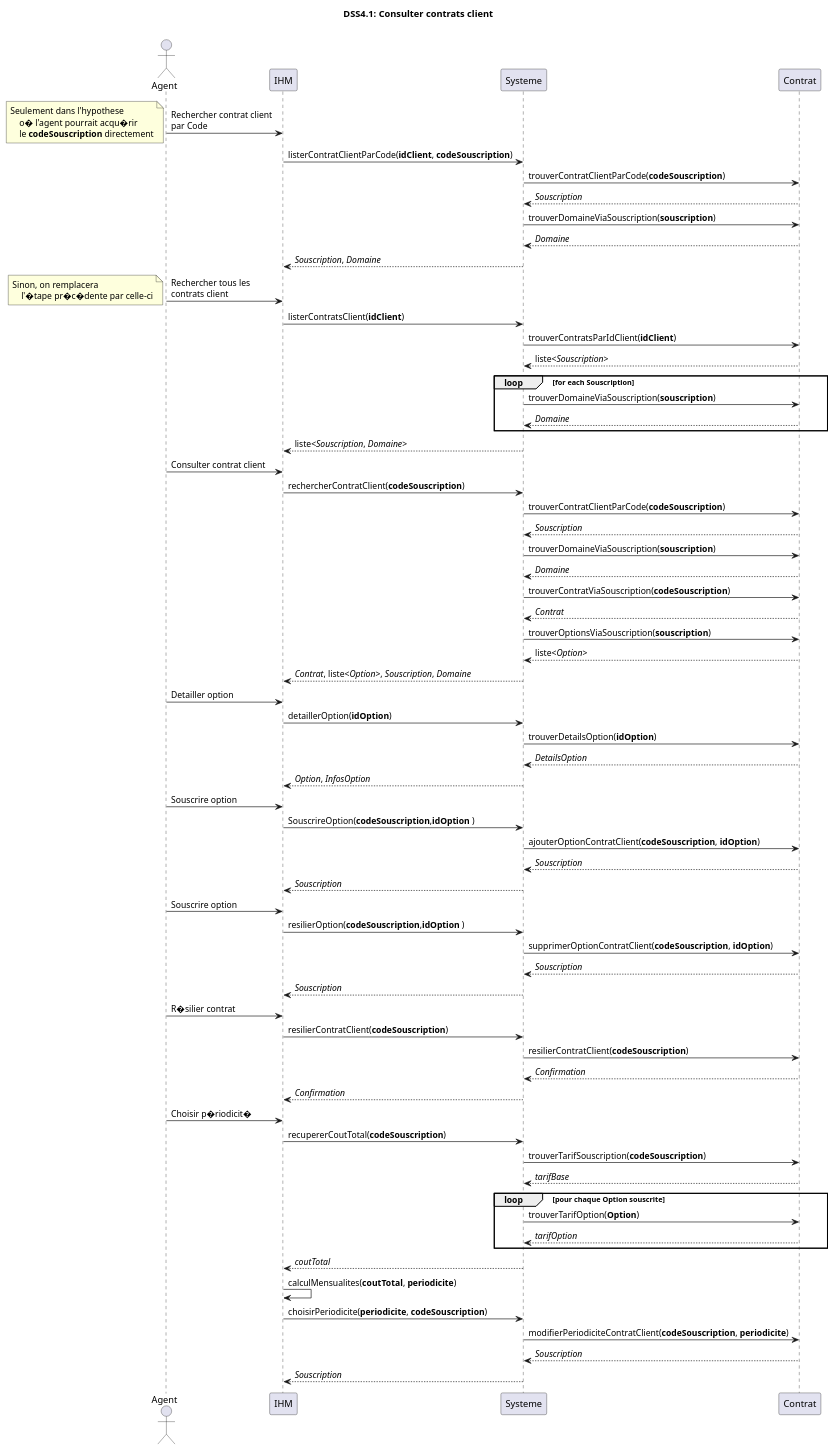
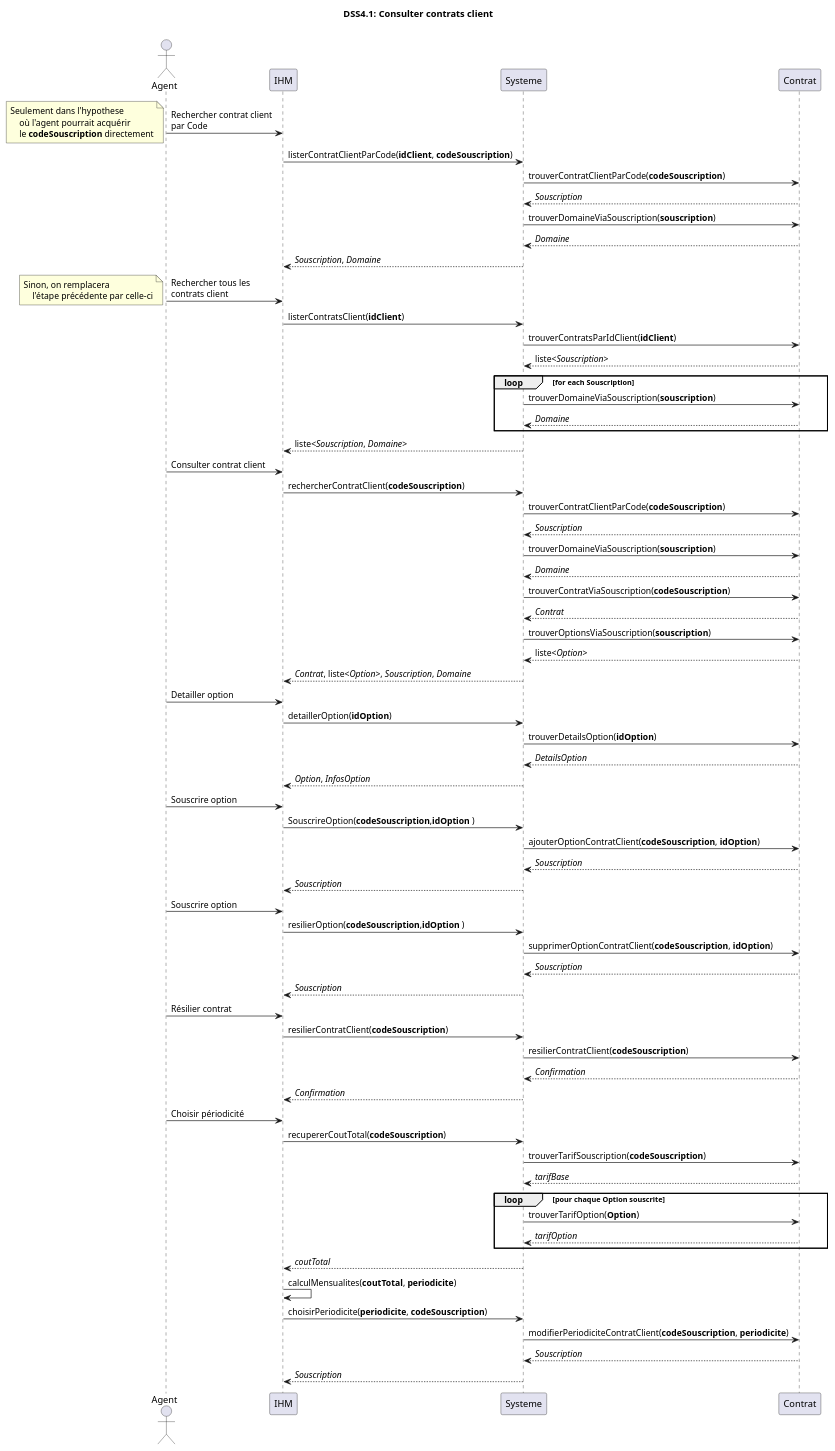
Before and after one commit to if-h4102/pld-mars: the diagram in CU004 - Gestion des contrats du client (Zone Contrats)/DSD004.puml, drawn with PlantUML. The commit also changed 4 other files, not shown here.

```diff
--- a/CU004 - Gestion des contrats du client (Zone Contrats)/DSD004.puml
+++ b/CU004 - Gestion des contrats du client (Zone Contrats)/DSD004.puml
@@ -1,86 +1,86 @@
 @startuml
 title DSS4.1: Consulter contrats client\n
 
 actor Agent as A
 participant IHM
 participant Systeme
 participant Contrat
 
 
 A -> IHM : Rechercher contrat client\npar Code
     note left : Seulement dans l'hypothese\n\
-    o� l'agent pourrait acqu�rir\n\
+    où l'agent pourrait acquérir\n\
     le **codeSouscription** directement
     IHM -> Systeme : listerContratClientParCode(**idClient**, **codeSouscription**)
         Systeme -> Contrat : trouverContratClientParCode(**codeSouscription**)
         Contrat --> Systeme : //Souscription//
         Systeme -> Contrat : trouverDomaineViaSouscription(**souscription**)
         Contrat --> Systeme : //Domaine//
     Systeme --> IHM : //Souscription//, //Domaine//
 
 
 A -> IHM : Rechercher tous les\ncontrats client
     note left : Sinon, on remplacera\n\
-    l'�tape pr�c�dente par celle-ci
+    l'étape précédente par celle-ci
     IHM -> Systeme : listerContratsClient(**idClient**)
         Systeme -> Contrat : trouverContratsParIdClient(**idClient**)
         Contrat --> Systeme : liste<//Souscription//>
         loop for each Souscription
             Systeme -> Contrat : trouverDomaineViaSouscription(**souscription**)
             Contrat --> Systeme : //Domaine//
         end
     Systeme --> IHM : liste<//Souscription//, //Domaine//>
 
 
 A -> IHM : Consulter contrat client
     IHM -> Systeme : rechercherContratClient(**codeSouscription**)
         Systeme -> Contrat : trouverContratClientParCode(**codeSouscription**)
         Contrat --> Systeme : //Souscription//
         Systeme -> Contrat : trouverDomaineViaSouscription(**souscription**)
         Contrat --> Systeme : //Domaine//
         Systeme -> Contrat : trouverContratViaSouscription(**codeSouscription**)
         Contrat --> Systeme : //Contrat//
         Systeme -> Contrat : trouverOptionsViaSouscription(**souscription**)
         Contrat --> Systeme : liste<//Option//>
     Systeme --> IHM : //Contrat//, liste<//Option//>, //Souscription//, //Domaine//
 
 A -> IHM : Detailler option
     IHM -> Systeme : detaillerOption(**idOption**)
         Systeme -> Contrat : trouverDetailsOption(**idOption**)
         Contrat --> Systeme : //DetailsOption//
     Systeme --> IHM : //Option//, //InfosOption//
 
 A -> IHM : Souscrire option
     IHM -> Systeme : SouscrireOption(**codeSouscription**,**idOption** )
         Systeme -> Contrat : ajouterOptionContratClient(**codeSouscription**, **idOption**)
         Contrat --> Systeme : //Souscription//
     Systeme --> IHM : //Souscription//
 
 A -> IHM : Souscrire option
     IHM -> Systeme : resilierOption(**codeSouscription**,**idOption** )
         Systeme -> Contrat : supprimerOptionContratClient(**codeSouscription**, **idOption**)
         Contrat --> Systeme : //Souscription//
     Systeme --> IHM : //Souscription//
 
-A -> IHM : R�silier contrat
+A -> IHM : Résilier contrat
     IHM -> Systeme : resilierContratClient(**codeSouscription**)
         Systeme -> Contrat : resilierContratClient(**codeSouscription**)
         Contrat --> Systeme : //Confirmation//
     Systeme --> IHM : //Confirmation//
 
-A -> IHM : Choisir p�riodicit�
+A -> IHM : Choisir périodicité
     IHM -> Systeme : recupererCoutTotal(**codeSouscription**)
         Systeme -> Contrat : trouverTarifSouscription(**codeSouscription**)
         Contrat --> Systeme : //tarifBase//
         loop pour chaque Option souscrite
             Systeme -> Contrat : trouverTarifOption(**Option**)
             Contrat --> Systeme : //tarifOption//
         end
         Systeme --> IHM : //coutTotal//
     IHM -> IHM : calculMensualites(**coutTotal**, **periodicite**)
     
     IHM -> Systeme : choisirPeriodicite(**periodicite**, **codeSouscription**)
         Systeme -> Contrat : modifierPeriodiciteContratClient(**codeSouscription**, **periodicite**)
         Contrat --> Systeme : //Souscription//
     Systeme --> IHM : //Souscription//
 @enduml
```
